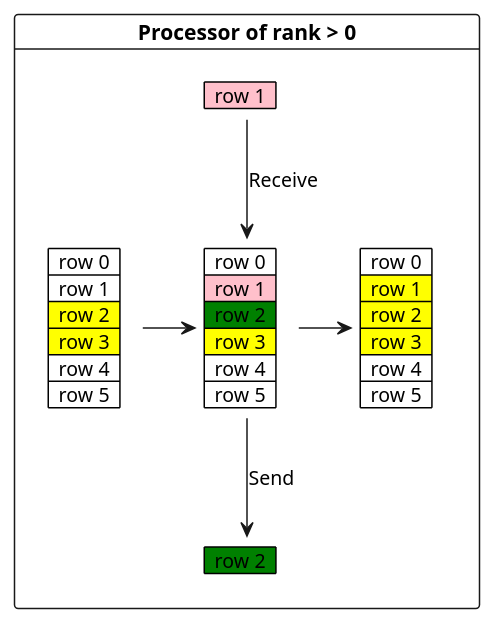
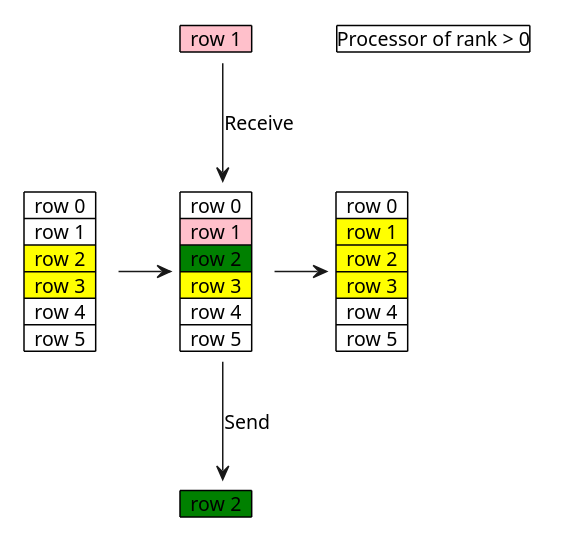
The fourth of 12 diagrams in heastSeq/rapport.md (Arkanthara/parallelism), drawn with PlantUML before and after one commit. The commit also changed other lines of this file and 28 other files, not shown here.

````diff
--- a/heastSeq/rapport.md
+++ b/heastSeq/rapport.md
@@ -195,51 +192,52 @@
 ```plantuml
 @startuml
 <style>
 note {
     backgroundcolor white
     shadowing 0
     linecolor transparent
 }
 </style>
-card "Processor of rank > 0" {
 note as element1
     <#green>|  row 2  |
 end note
 
 note as element2
     <#pink>|  row 1  |
 end note
 
 note as grid1l
     |  row 0  |
     |  row 1  |
     <#yellow>|  row 2  |
     <#yellow>|  row 3  |
     |  row 4  |
     |  row 5  |
 end note
 note as grid12
     |  row 0  |
     <#yellow>|  row 1  |
     <#yellow>|  row 2  |
     <#yellow>|  row 3  |
     |  row 4  |
     |  row 5  |
 end note
 
+note as title
+    |Processor of rank > 0|
+end note
 
 note as grid1
     |  row 0  |
     <#pink>|  row 1  |
     <#green>|  row 2  |
     <#yellow>|  row 3  |
     |  row 4  |
     |  row 5  |
 end note
 grid1l -> grid1
 grid1 -> grid12
 grid1 --> element1: Send
 element2 --> grid1: Receive
-}
 @enduml
 ```
````
